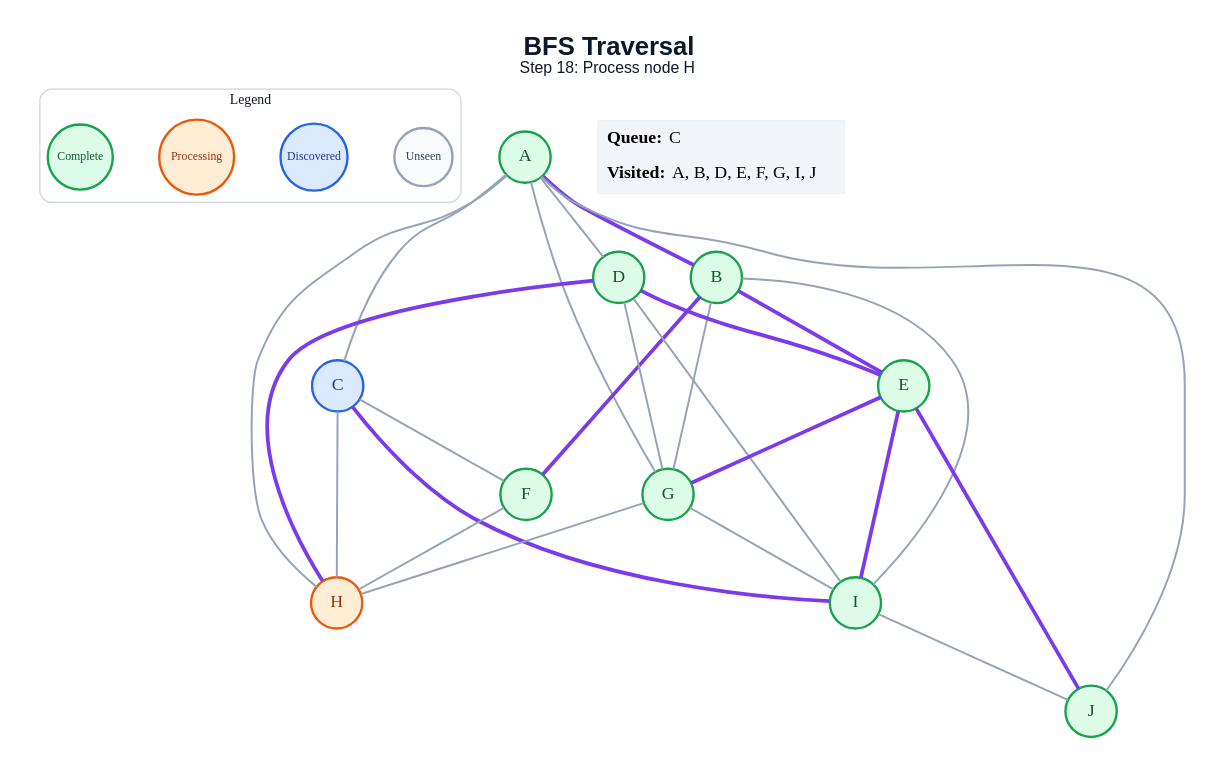
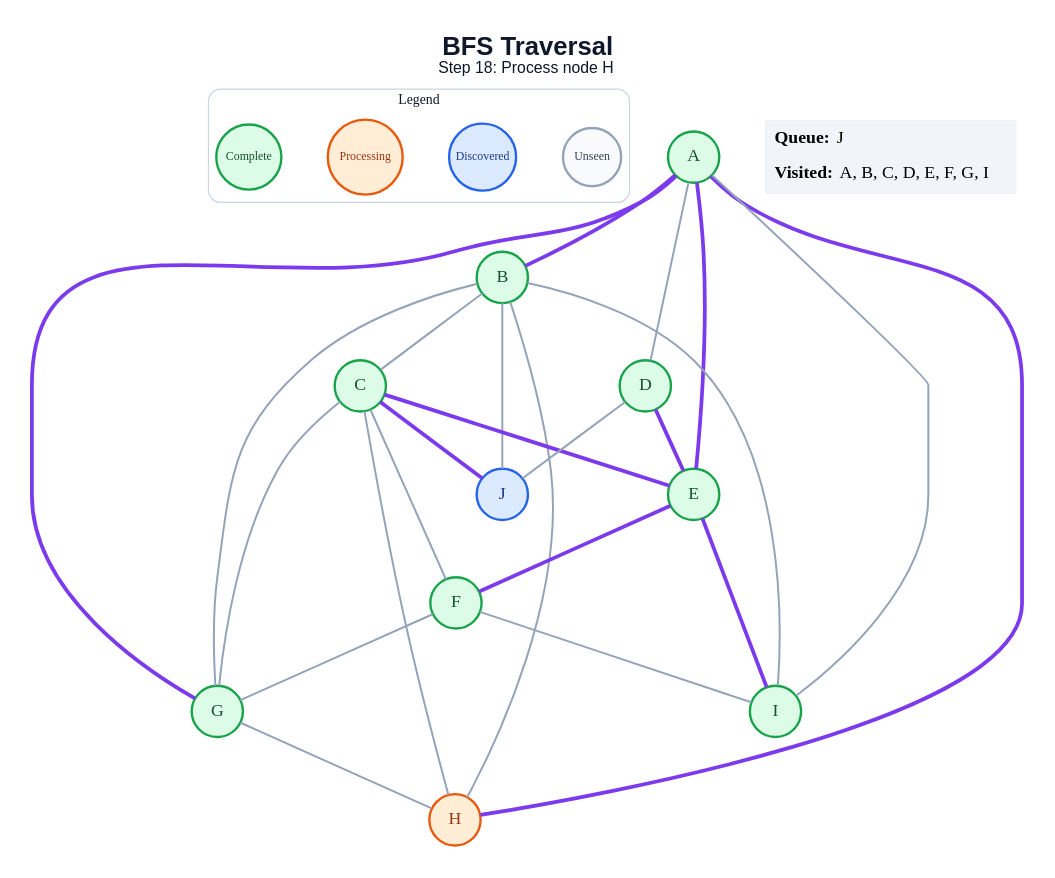
Before and after one commit to amanghodawala9/ai-slop: the diagram in generated/specific-node/bfs/step_18.dot, drawn with Graphviz. The commit also changed 178 other files, not shown here.

```diff
--- a/generated/specific-node/bfs/step_18.dot
+++ b/generated/specific-node/bfs/step_18.dot
@@ -1,53 +1,52 @@
 graph traversal {
   graph [layout=dot, rankdir=TB, bgcolor="#FFFFFF", pad="0.35", nodesep="0.65", ranksep="0.8", fontname="Arial"];
   node [shape=circle, style="filled", fontname="Arial Bold", fontsize=18, width=0.72, fixedsize=true, penwidth=2.4];
   edge [color="#94A3B8", penwidth=2.0];
   label=<<B>BFS Traversal</B><BR/><FONT POINT-SIZE="16">Step 18: Process node H</FONT>>; labelloc="t"; fontsize=26; fontname="Arial"; fontcolor="#0F172A";
   subgraph cluster_legend { label="Legend"; color="#CBD5E1"; penwidth=1.2; style="rounded"; fontsize=14; fontname="Arial Bold";
     key_unseen [label="Unseen", fillcolor="#F8FAFC", color="#94A3B8", fontcolor="#334155", fontsize=12, width=0.82];
     key_frontier [label="Discovered", fillcolor="#DBEAFE", color="#2563EB", fontcolor="#1E3A8A", fontsize=12, width=0.95];
     key_current [label="Processing", fillcolor="#FFEDD5", color="#EA580C", fontcolor="#9A3412", fontsize=12, width=1.05];
     key_done [label="Complete", fillcolor="#DCFCE7", color="#16A34A", fontcolor="#14532D", fontsize=12, width=0.92];
     { rank=same; key_unseen; key_frontier; key_current; key_done; }
   }
   A [fillcolor="#DCFCE7", color="#16A34A", fontcolor="#14532D"];
   B [fillcolor="#DCFCE7", color="#16A34A", fontcolor="#14532D"];
-  C [fillcolor="#DBEAFE", color="#2563EB", fontcolor="#1E3A8A"];
+  C [fillcolor="#DCFCE7", color="#16A34A", fontcolor="#14532D"];
   D [fillcolor="#DCFCE7", color="#16A34A", fontcolor="#14532D"];
   E [fillcolor="#DCFCE7", color="#16A34A", fontcolor="#14532D"];
   F [fillcolor="#DCFCE7", color="#16A34A", fontcolor="#14532D"];
   G [fillcolor="#DCFCE7", color="#16A34A", fontcolor="#14532D"];
   H [fillcolor="#FFEDD5", color="#EA580C", fontcolor="#9A3412"];
   I [fillcolor="#DCFCE7", color="#16A34A", fontcolor="#14532D"];
-  J [fillcolor="#DCFCE7", color="#16A34A", fontcolor="#14532D"];
+  J [fillcolor="#DBEAFE", color="#2563EB", fontcolor="#1E3A8A"];
   A -- B [color="#7C3AED", penwidth=3.8];
-  A -- C;
   A -- D;
-  A -- G;
-  A -- H;
-  A -- J;
-  B -- E [color="#7C3AED", penwidth=3.8];
-  B -- F [color="#7C3AED", penwidth=3.8];
+  A -- E [color="#7C3AED", penwidth=3.8];
+  A -- G [color="#7C3AED", penwidth=3.8];
+  A -- H [color="#7C3AED", penwidth=3.8];
+  A -- I;
+  B -- C;
   B -- G;
+  B -- H;
   B -- I;
+  B -- J;
+  C -- E [color="#7C3AED", penwidth=3.8];
   C -- F;
+  C -- G;
   C -- H;
-  C -- I [color="#7C3AED", penwidth=3.8];
+  C -- J [color="#7C3AED", penwidth=3.8];
   D -- E [color="#7C3AED", penwidth=3.8];
-  D -- G;
-  D -- H [color="#7C3AED", penwidth=3.8];
-  D -- I;
-  E -- G [color="#7C3AED", penwidth=3.8];
+  D -- J;
+  E -- F [color="#7C3AED", penwidth=3.8];
   E -- I [color="#7C3AED", penwidth=3.8];
-  E -- J [color="#7C3AED", penwidth=3.8];
-  F -- H;
+  F -- G;
+  F -- I;
   G -- H;
-  G -- I;
-  I -- J;
   status [shape=plain, fixedsize=false, width=0, height=0, margin=0, label=<
     <TABLE BORDER="0" CELLBORDER="0" CELLPADDING="7" BGCOLOR="#F1F5F9">
-      <TR><TD ALIGN="LEFT"><B>Queue:</B> C</TD></TR>
-      <TR><TD ALIGN="LEFT"><B>Visited:</B> A, B, D, E, F, G, I, J</TD></TR>
+      <TR><TD ALIGN="LEFT"><B>Queue:</B> J</TD></TR>
+      <TR><TD ALIGN="LEFT"><B>Visited:</B> A, B, C, D, E, F, G, I</TD></TR>
     </TABLE>
   >];
 }
```
